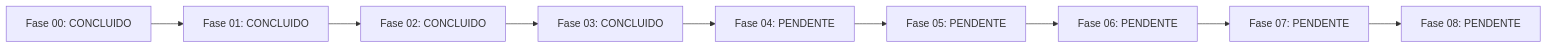
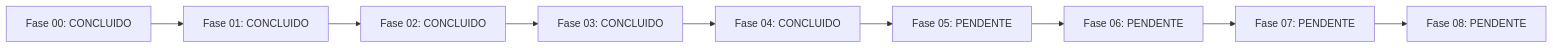
The diagram in JORNADA_IMPLEMENTACAO.md (jhsfhtls/semantic-bi-nl2sql-gateway), drawn with Mermaid before and after one commit. The commit also changed other lines of this file and 7 other files, not shown here.

````diff
--- a/JORNADA_IMPLEMENTACAO.md
+++ b/JORNADA_IMPLEMENTACAO.md
@@ -19,20 +19,20 @@
 ```mermaid
 flowchart LR
     F00["Fase 00: CONCLUIDO"]
     F01["Fase 01: CONCLUIDO"]
     F00 --> F01
     F02["Fase 02: CONCLUIDO"]
     F01 --> F02
     F03["Fase 03: CONCLUIDO"]
     F02 --> F03
-    F04["Fase 04: PENDENTE"]
+    F04["Fase 04: CONCLUIDO"]
     F03 --> F04
     F05["Fase 05: PENDENTE"]
     F04 --> F05
     F06["Fase 06: PENDENTE"]
     F05 --> F06
     F07["Fase 07: PENDENTE"]
     F06 --> F07
     F08["Fase 08: PENDENTE"]
     F07 --> F08
 ```
````
